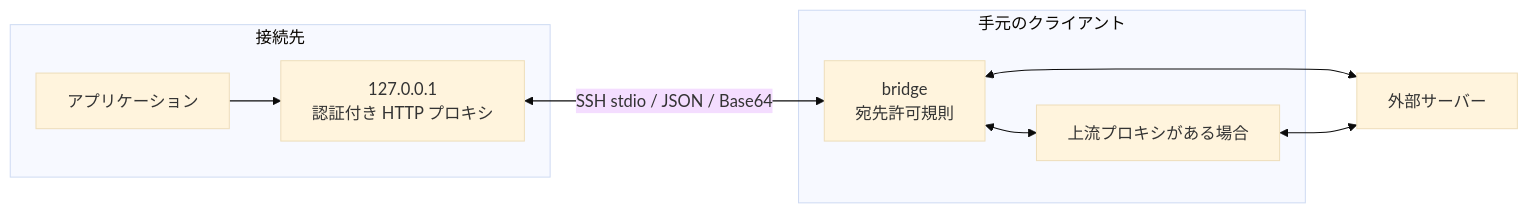
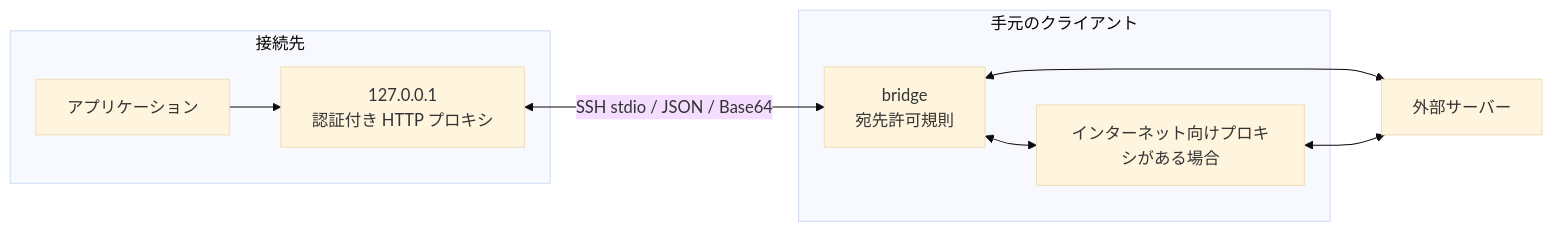
The diagram in docs/ja/client-proxy.md (Hondarer/host-shell-mcp), drawn with Mermaid (base theme) before and after one commit. The commit also changed other lines of this file and 40 other files, not shown here.

````diff
--- a/docs/ja/client-proxy.md
+++ b/docs/ja/client-proxy.md
@@ -26,14 +26,14 @@
 ```mermaid
 flowchart LR
     subgraph Target["接続先"]
         App["アプリケーション"] --> Proxy["127.0.0.1<br/>認証付き HTTP プロキシ"]
     end
     subgraph Client["手元のクライアント"]
         Bridge["bridge<br/>宛先許可規則"]
-        Upstream["上流プロキシがある場合"]
+        InternetProxy["インターネット向けプロキシがある場合"]
     end
     Proxy <-->|"SSH stdio / JSON / Base64"| Bridge
     Bridge <--> External["外部サーバー"]
-    Bridge <--> Upstream
-    Upstream <--> External
+    Bridge <--> InternetProxy
+    InternetProxy <--> External
 ```
````
